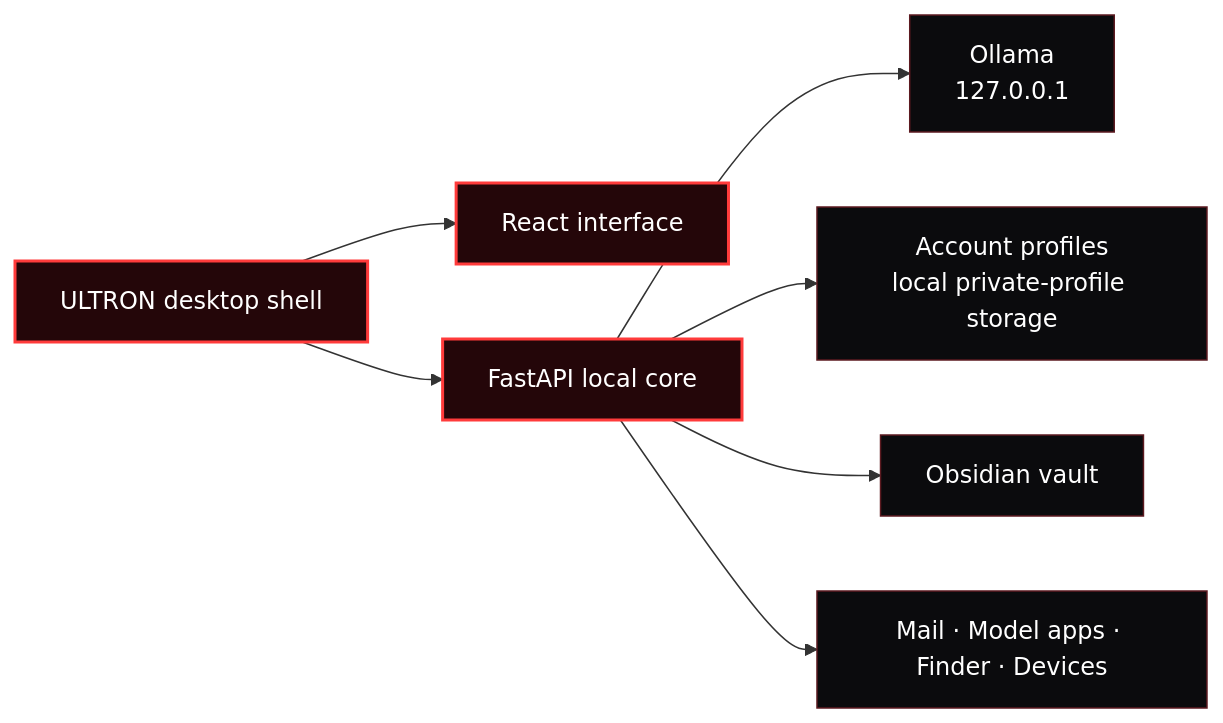
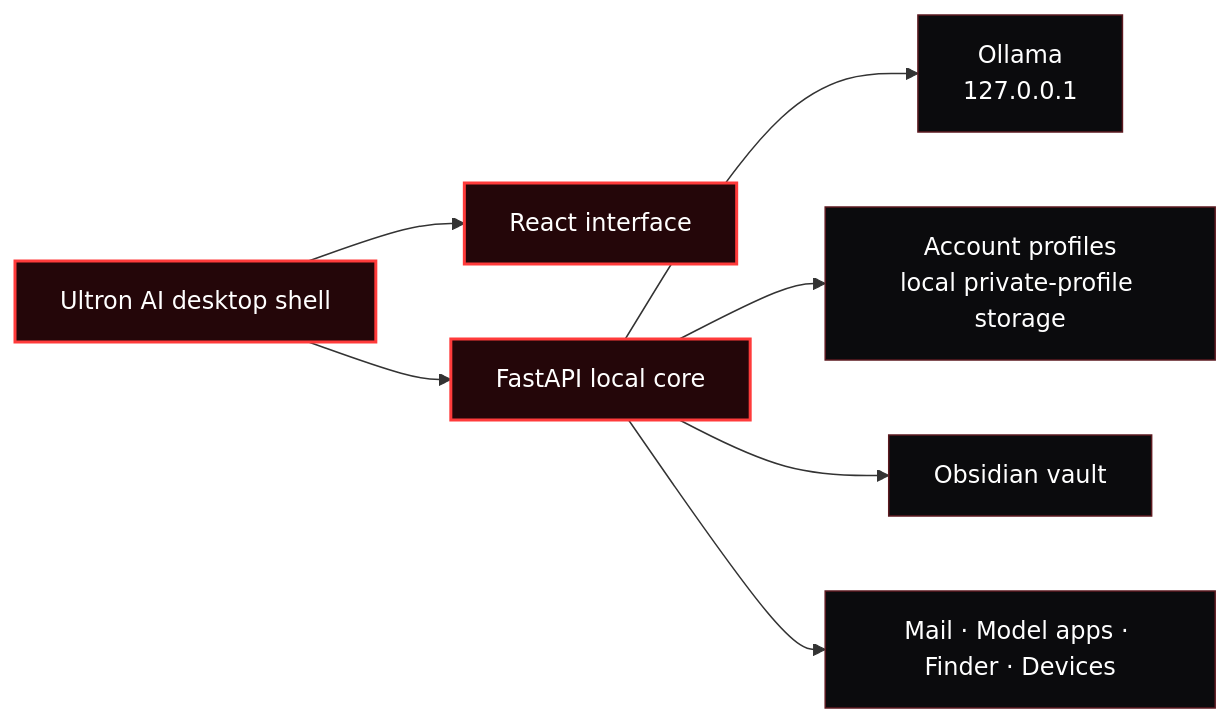
The diagram in README.md (Lumacaonta/Ultron), drawn with Mermaid before and after one commit. The commit also changed other lines of this file and 42 other files, not shown here.

Commit message:
Release 1.3.0: refresh interface and rename product to Ultron AI

````diff
--- a/README.md
+++ b/README.md
@@ -117,14 +117,14 @@
 ```mermaid
 flowchart LR
-    A[ULTRON desktop shell] --> B[React interface]
+    A[Ultron AI desktop shell] --> B[React interface]
     A --> C[FastAPI local core]
     C --> D[Ollama<br/>127.0.0.1]
     C --> E[Account profiles<br/>local private-profile storage]
     C --> F[Obsidian vault]
     C --> G[Mail · Model apps · Finder · Devices]
 
     classDef red fill:#240609,stroke:#ff3b3b,color:#ffffff,stroke-width:2px;
     classDef dark fill:#0b0b0d,stroke:#5c1a20,color:#ffffff;
     class A,B,C red;
     class D,E,F,G dark;
 ```
````
